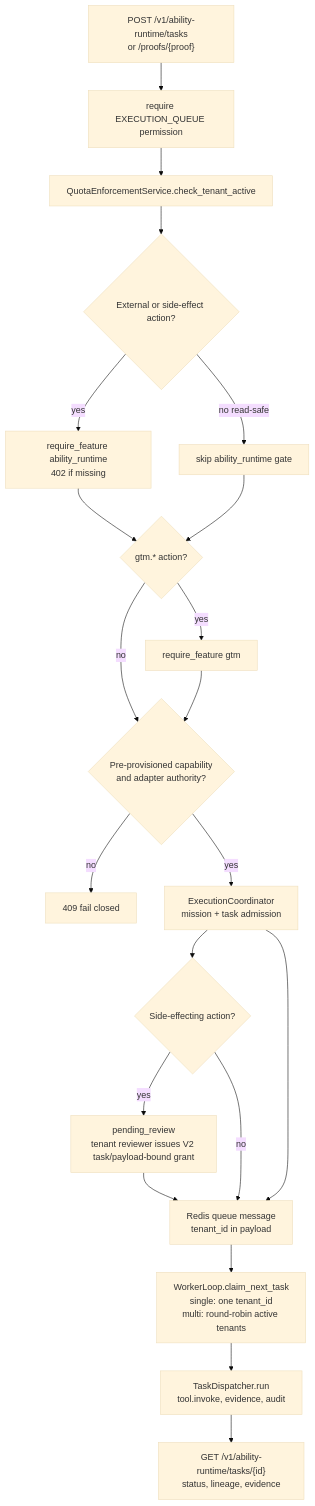
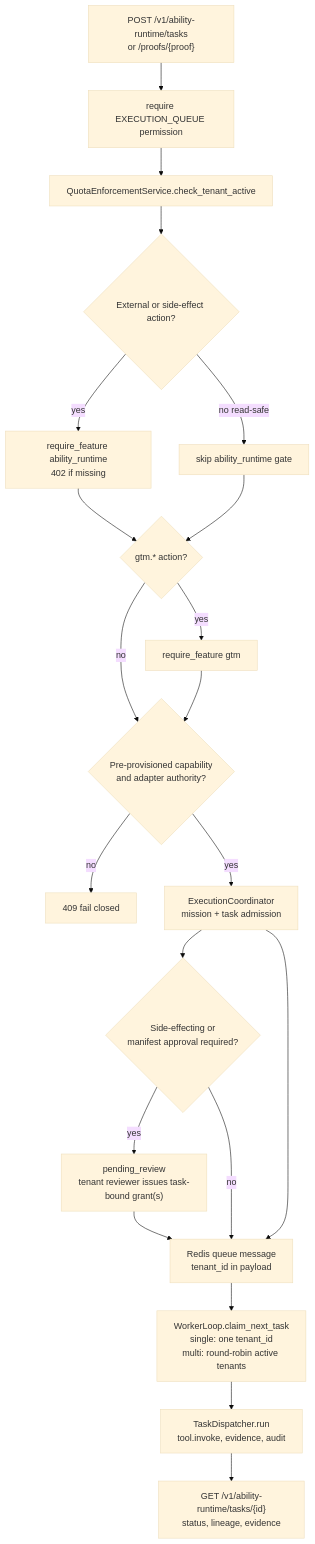
Before and after one commit to 1devteam/ajenda-ai: the fifth of 9 diagrams in docs/architecture/SYSTEM_ARCHITECTURE.md, drawn with Mermaid (base theme). The commit also changed other lines of this file and 24 other files, not shown here.

````diff
--- a/docs/architecture/SYSTEM_ARCHITECTURE.md
+++ b/docs/architecture/SYSTEM_ARCHITECTURE.md
@@ -168,23 +168,23 @@
 ```mermaid
 flowchart TD
     A["POST /v1/ability-runtime/tasks<br/>or /proofs/{proof}"] --> B["require EXECUTION_QUEUE permission"]
     B --> C["QuotaEnforcementService.check_tenant_active"]
     C --> D{"External or side-effect action?"}
     D -->|yes| E["require_feature ability_runtime<br/>402 if missing"]
     D -->|no read-safe| F["skip ability_runtime gate"]
     E --> G{"gtm.* action?"}
     F --> G
     G -->|yes| H["require_feature gtm"]
     G -->|no| A1{"Pre-provisioned capability<br/>and adapter authority?"}
     H --> A1
     A1 -->|no| X["409 fail closed"]
     A1 -->|yes| I["ExecutionCoordinator<br/>mission + task admission"]
-    I --> R{"Side-effecting action?"}
-    R -->|yes| V["pending_review<br/>tenant reviewer issues V2 task/payload-bound grant"]
+    I --> R{"Side-effecting or<br/>manifest approval required?"}
+    R -->|yes| V["pending_review<br/>tenant reviewer issues task-bound grant(s)"]
     V --> J
     R -->|no| J
     I --> J["Redis queue message<br/>tenant_id in payload"]
     J --> K["WorkerLoop.claim_next_task<br/>single: one tenant_id<br/>multi: round-robin active tenants"]
     K --> L["TaskDispatcher.run<br/>tool.invoke, evidence, audit"]
     L --> M["GET /v1/ability-runtime/tasks/{id}<br/>status, lineage, evidence"]
 ```
````
